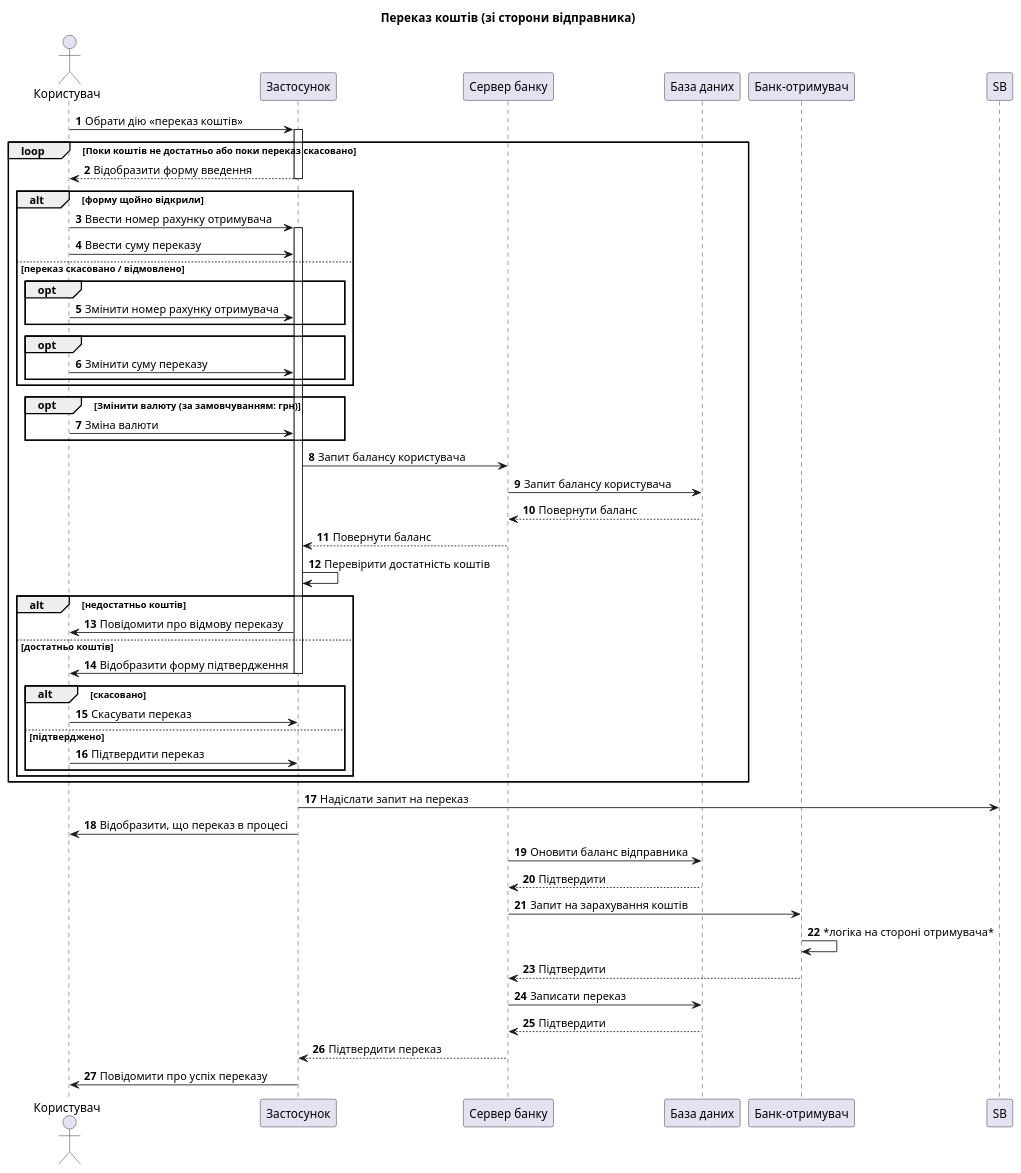
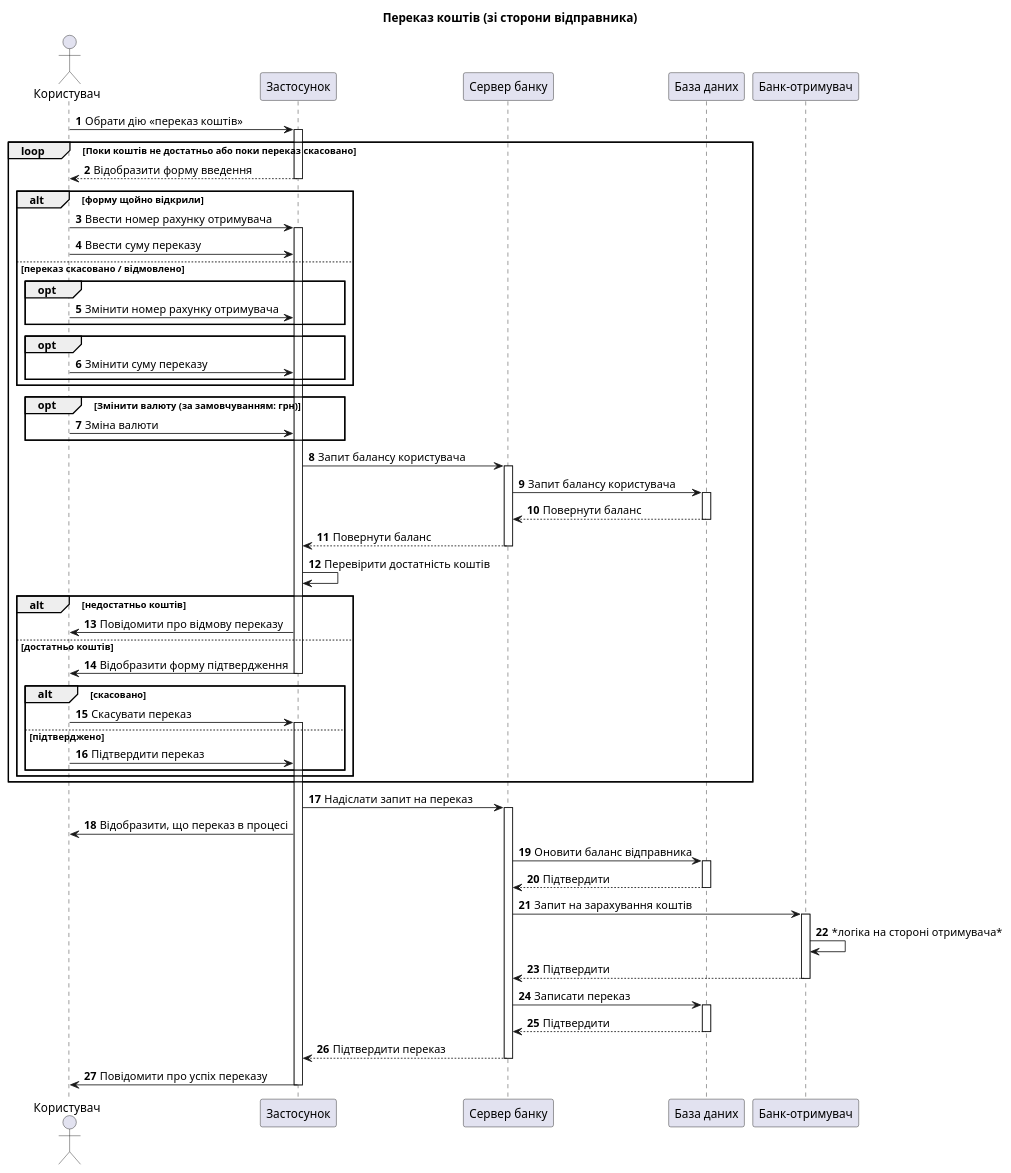
Before and after one commit to MihajloVat/KPI_labs_3_sem: the diagram in lab3/UC_transaction/transaction_SD.puml, drawn with PlantUML. The commit also changed 1 other file, not shown here.

```diff
--- a/lab3/UC_transaction/transaction_SD.puml
+++ b/lab3/UC_transaction/transaction_SD.puml
@@ -1,70 +1,84 @@
 @startuml
 title Переказ коштів (зі сторони відправника)
 
 autonumber
 
 actor Користувач as user
 participant Застосунок as app
 participant "Сервер банку" as BS
 participant "База даних" as DB
 participant "Банк-отримувач" as RB
 
 user -> app : Обрати дію <<переказ коштів>>
 activate app
 
 LOOP Поки коштів не достатньо або поки переказ скасовано
 
   user <-- app : Відобразити форму введення
   deactivate app
 
   alt форму щойно відкрили
     user -> app : Ввести номер рахунку отримувача
     activate app
     user -> app : Ввести суму переказу
   else переказ скасовано / відмовлено
     opt
     user -> app : Змінити номер рахунку отримувача
     end
     opt
     user -> app : Змінити суму переказу
     end
   end
 
   opt Змінити валюту (за замовчуванням: грн)
   user -> app: Зміна валюти
   end
 
   app->BS: Запит балансу користувача
+  activate BS
   BS->DB: Запит балансу користувача
+  activate DB
   BS<--DB: Повернути баланс
+  deactivate DB
   app<--BS: Повернути баланс
+  deactivate BS
   app->app: Перевірити достатність коштів
 
   alt недостатньо коштів
   user <- app : Повідомити про відмову переказу
   else достатньо коштів
   user <- app : Відобразити форму підтвердження
   deactivate app
     alt скасовано
     user -> app : Скасувати переказ
+    activate app
     else підтверджено
     user -> app : Підтвердити переказ
     end
   end
 
 end
 
-app->SB: Надіслати запит на переказ
+app->BS: Надіслати запит на переказ
+activate BS
 user<-app: Відобразити, що переказ в процесі
 BS->DB: Оновити баланс відправника
+activate DB
 BS<--DB: Підтвердити
+deactivate DB
 BS->RB: Запит на зарахування коштів
+activate RB
 RB->RB: *логіка на стороні отримувача*
 BS<--RB: Підтвердити
+deactivate RB
 BS->DB: Записати переказ
+activate DB
 BS<--DB: Підтвердити
+deactivate DB
 app<--BS: Підтвердити переказ
+deactivate BS
 user<-app: Повідомити про успіх переказу
+deactivate app
 
 
 @enduml
```
